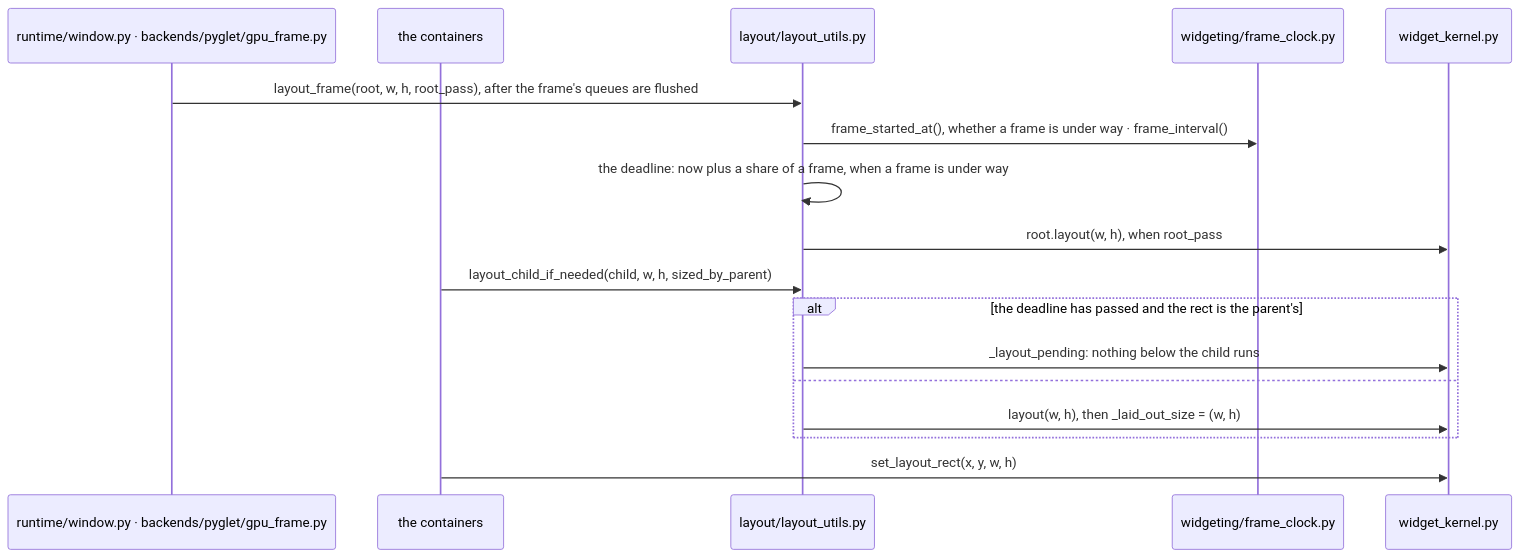
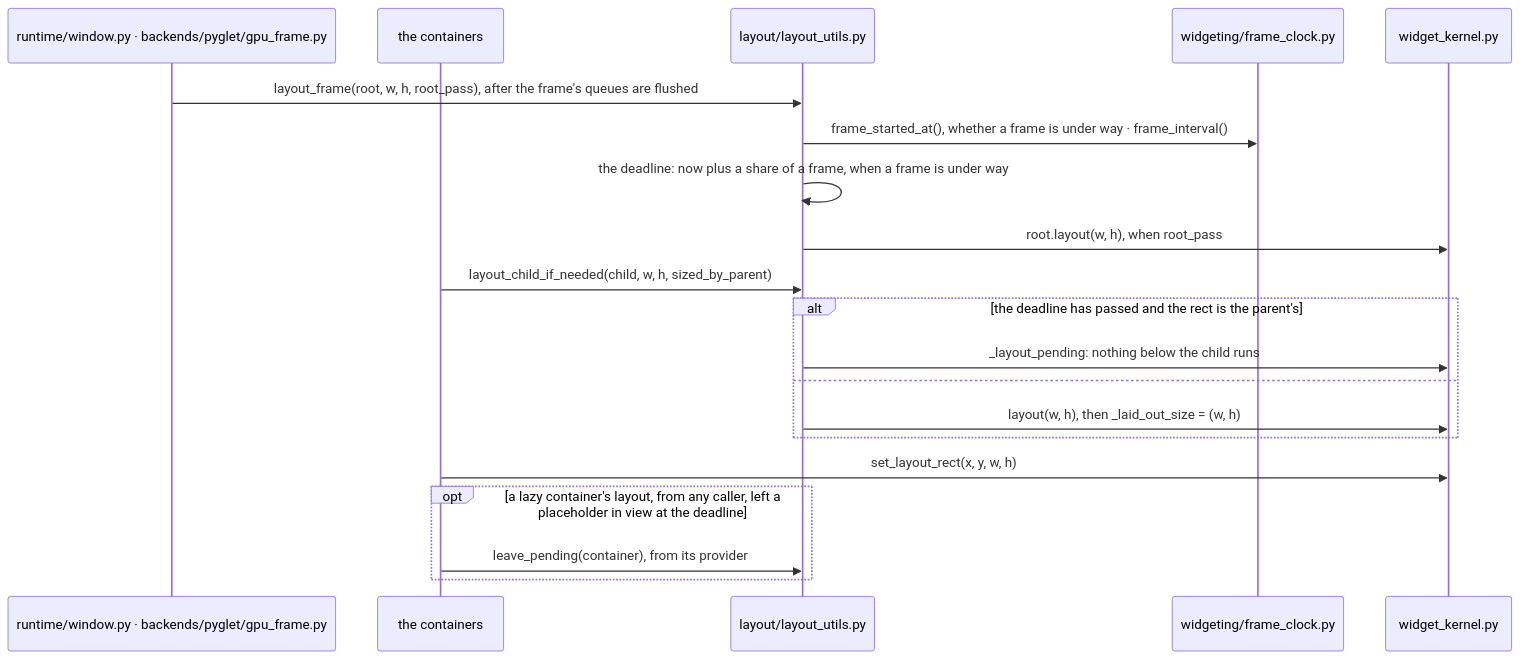
One commit to yuksblog/nuiitivet changed the ninth of 11 diagrams in docs/design/RENDERING_PIPELINE.md. Above: the diagram before and after it, drawn with Mermaid. The commit also changed other lines of this file and 6 other files, not shown here.

First line of the commit message:
fix(layout): fill a lazy view's placeholders in the next frame

````diff
--- a/docs/design/RENDERING_PIPELINE.md
+++ b/docs/design/RENDERING_PIPELINE.md
@@ -325,20 +333,23 @@
 ```mermaid
 sequenceDiagram
     participant W as runtime/window.py · backends/pyglet/gpu_frame.py
     participant C as the containers
     participant U as layout/layout_utils.py
     participant F as widgeting/frame_clock.py
     participant K as widget_kernel.py
 
     W->>U: layout_frame(root, w, h, root_pass), after the frame's queues are flushed
     U->>F: frame_started_at(), whether a frame is under way · frame_interval()
     U->>U: the deadline: now plus a share of a frame, when a frame is under way
     U->>K: root.layout(w, h), when root_pass
     C->>U: layout_child_if_needed(child, w, h, sized_by_parent)
     alt the deadline has passed and the rect is the parent's
         U->>K: _layout_pending: nothing below the child runs
     else
         U->>K: layout(w, h), then _laid_out_size = (w, h)
     end
     C->>K: set_layout_rect(x, y, w, h)
+    opt a lazy container's layout, from any caller, left a placeholder in view at the deadline
+        C->>U: leave_pending(container), from its provider
+    end
 ```
````
